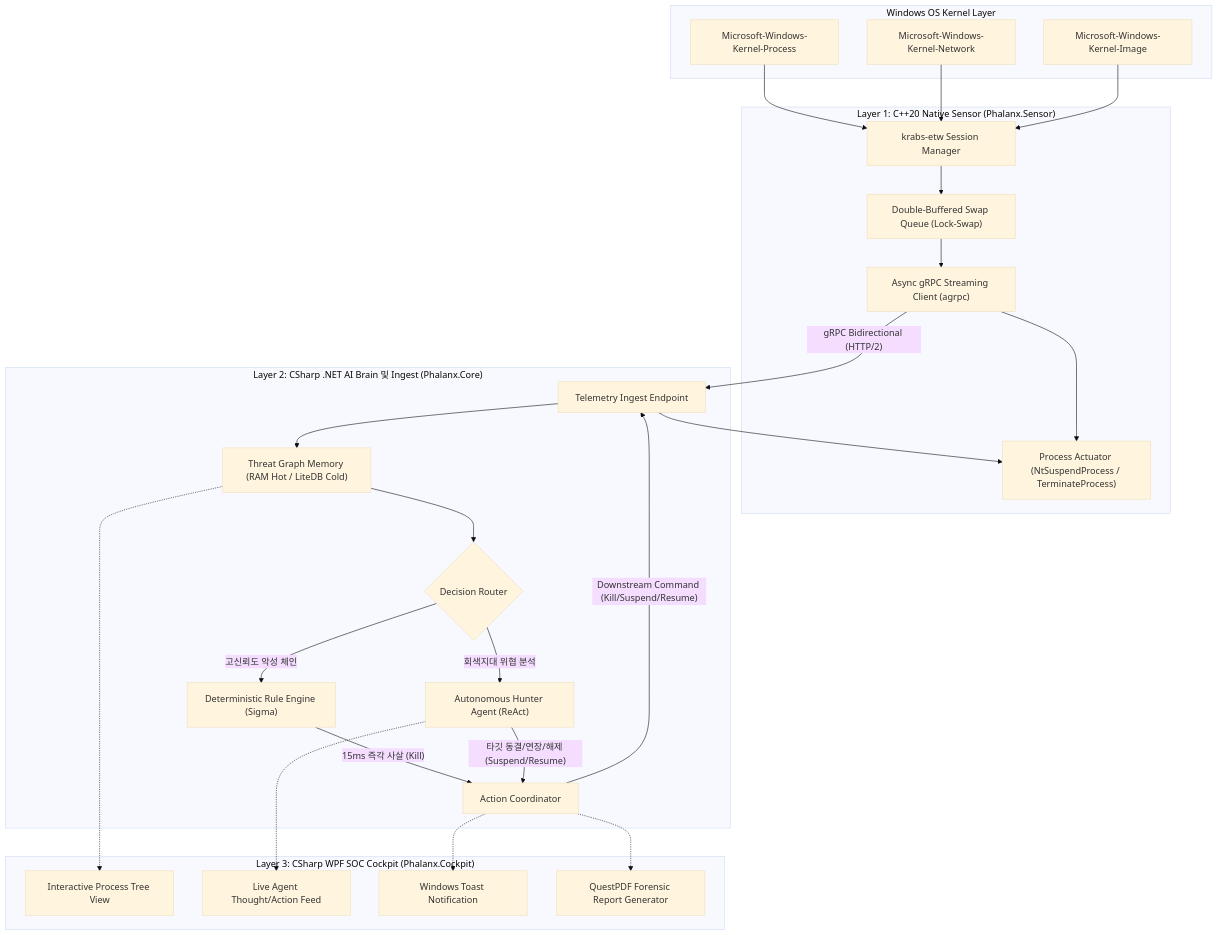
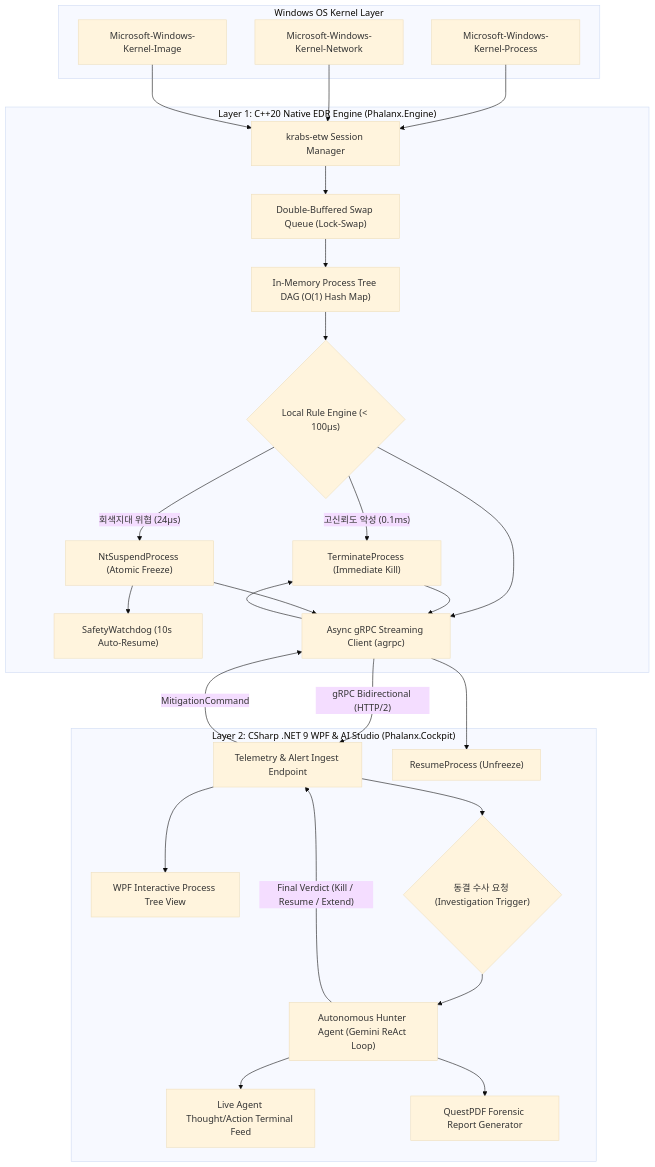
The diagram in Phalanx/docs/01_system_architecture.md (jin20203458/Obsidian.Agent), drawn with Mermaid (base theme) before and after one commit. The commit also changed other lines of this file and 4 other files, not shown here.

Commit message:
docs(phalanx): bold restructuring of architecture and roadmap to 2-tier native C++ engine and C# AI cockpit

````diff
--- a/Phalanx/docs/01_system_architecture.md
+++ b/Phalanx/docs/01_system_architecture.md
@@ -19,41 +19,42 @@
 ```mermaid
 flowchart TD
     subgraph KERNEL ["Windows OS Kernel Layer"]
         ETW_Proc["Microsoft-Windows-Kernel-Process"]
         ETW_Net["Microsoft-Windows-Kernel-Network"]
         ETW_Img["Microsoft-Windows-Kernel-Image"]
     end
 
-    subgraph CPP_SENSOR ["Layer 1: C++20 Native Sensor (Phalanx.Sensor)"]
+    subgraph CPP_ENGINE ["Layer 1: C++20 Native EDR Engine (Phalanx.Engine)"]
         ETW_Proc --> Krabs["krabs-etw Session Manager"]
         ETW_Net --> Krabs
         ETW_Img --> Krabs
         
         Krabs --> IngestQueue["Double-Buffered Swap Queue (Lock-Swap)"]
-        IngestQueue --> GrpcClient["Async gRPC Streaming Client (agrpc)"]
-        GrpcClient --> Win32Act["Process Actuator (NtSuspendProcess / TerminateProcess)"]
+        IngestQueue --> ProcTree["In-Memory Process Tree DAG (O(1) Hash Map)"]
+        ProcTree --> LocalRules{"Local Rule Engine (< 100μs)"}
+        
+        LocalRules -- "고신뢰도 악성 (0.1ms)" --> ActKill["TerminateProcess (Immediate Kill)"]
+        LocalRules -- "회색지대 위협 (24μs)" --> ActFreeze["NtSuspendProcess (Atomic Freeze)"]
+        ActFreeze --> Watchdog["SafetyWatchdog (10s Auto-Resume)"]
+        
+        LocalRules --> GrpcClient["Async gRPC Streaming Client (agrpc)"]
+        ActKill --> GrpcClient
+        ActFreeze --> GrpcClient
     end
 
-    subgraph CS_CORE ["Layer 2: CSharp .NET AI Brain 및 Ingest (Phalanx.Core)"]
-        GrpcClient -->|"gRPC Bidirectional (HTTP/2)"| GrpcServer["Telemetry Ingest Endpoint"]
-        GrpcServer --> ThreatGraph["Threat Graph Memory (RAM Hot / LiteDB Cold)"]
+    subgraph CS_COCKPIT ["Layer 2: CSharp .NET 9 WPF & AI Studio (Phalanx.Cockpit)"]
+        GrpcClient -->|"gRPC Bidirectional (HTTP/2)"| GrpcServer["Telemetry & Alert Ingest Endpoint"]
         
-        ThreatGraph --> DecisionRouter{"Decision Router"}
+        GrpcServer --> GraphView["WPF Interactive Process Tree View"]
+        GrpcServer --> AgentTrigger{"동결 수사 요청 (Investigation Trigger)"}
         
-        DecisionRouter -- "고신뢰도 악성 체인" --> DeterministicRules["Deterministic Rule Engine (Sigma)"]
-        DecisionRouter -- "회색지대 위협 분석" --> AgentOrchestrator["Autonomous Hunter Agent (ReAct)"]
+        AgentTrigger --> AgentOrchestrator["Autonomous Hunter Agent (Gemini ReAct Loop)"]
+        AgentOrchestrator --> LiveFeed["Live Agent Thought/Action Terminal Feed"]
+        AgentOrchestrator --> ReportEngine["QuestPDF Forensic Report Generator"]
         
-        DeterministicRules -- "15ms 즉각 사살 (Kill)" --> ActionCoordinator["Action Coordinator"]
-        AgentOrchestrator -- "타깃 동결/연장/해제 (Suspend/Resume)" --> ActionCoordinator
-        
-        ActionCoordinator -->|"Downstream Command (Kill/Suspend/Resume)"| GrpcServer
-        GrpcServer --> Win32Act
-    end
-
-    subgraph CS_COCKPIT ["Layer 3: CSharp WPF SOC Cockpit (Phalanx.Cockpit)"]
-        ThreatGraph -.-> GraphView["Interactive Process Tree View"]
-        AgentOrchestrator -.-> LiveFeed["Live Agent Thought/Action Feed"]
-        ActionCoordinator -.-> ToastNotification["Windows Toast Notification"]
-        ActionCoordinator -.-> ReportEngine["QuestPDF Forensic Report Generator"]
+        AgentOrchestrator -->|"Final Verdict (Kill / Resume / Extend)"| GrpcServer
+        GrpcServer -->|"MitigationCommand"| GrpcClient
+        GrpcClient --> ActKill
+        GrpcClient --> ActResume["ResumeProcess (Unfreeze)"]
     end
 ```
````
